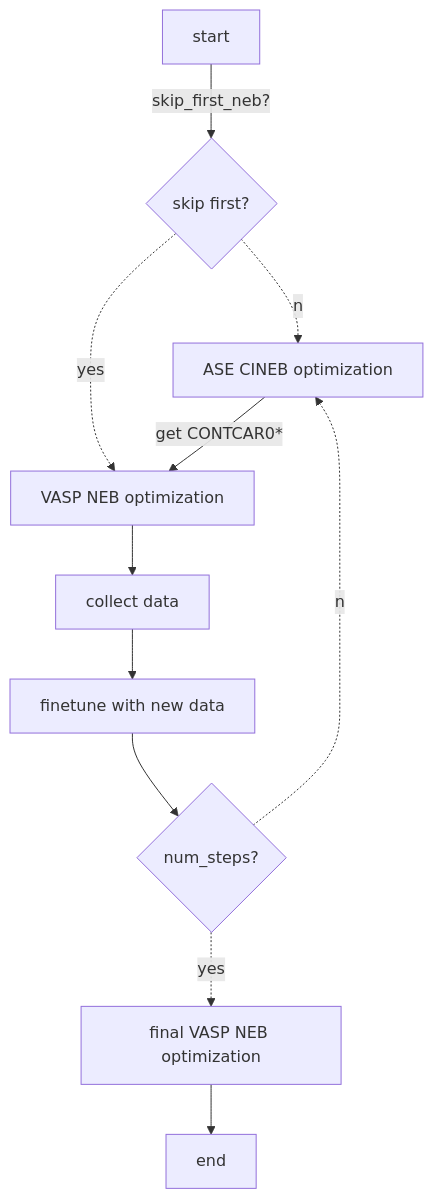
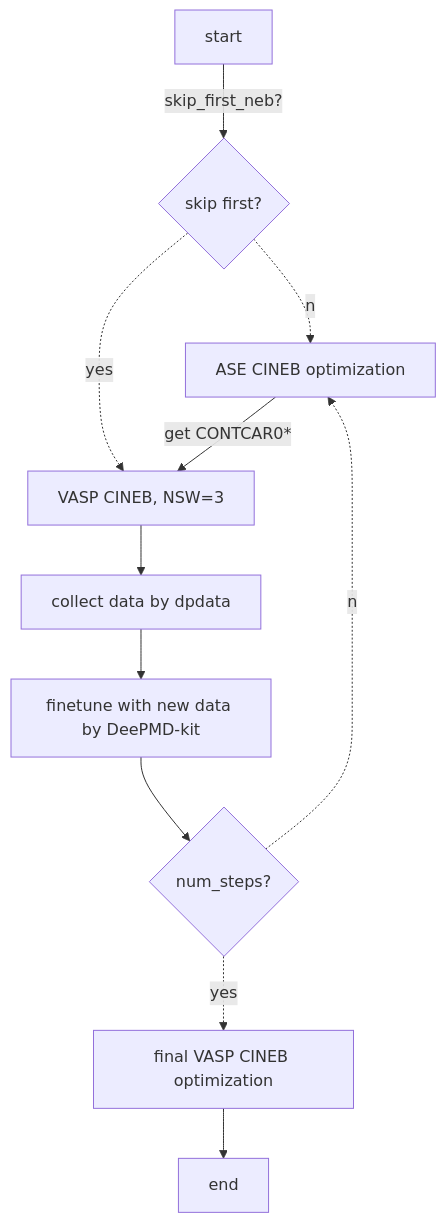
The second of 2 diagrams in postworkflow/README.md (lalaheihaihei/catalyticLAM), drawn with Mermaid before and after one commit. The commit also changed other lines of this file and 2 other files, not shown here.

````diff
--- a/postworkflow/README.md
+++ b/postworkflow/README.md
@@ -228,13 +231,13 @@
 ```mermaid
 graph TD
 A[start] -->|skip_first_neb?| X{skip first?}
 X -.no.-> B[ASE CINEB optimization]
-X -.yes.-> C[VASP NEB optimization]
+X -.yes.-> C[VASP CINEB, NSW=3]
 B -->|get CONTCAR0*| C
-C --> D[collect data]
-D --> E[finetune with new data]
+C --> D[collect data by dpdata]
+D --> E[finetune with new data by DeePMD-kit]
 E --> F{num_steps?}
-F -.yes.-> H[final VASP NEB optimization]
+F -.yes.-> H[final VASP CINEB optimization]
 F -.no.-> B
 H --> I[end]
 ```
````
